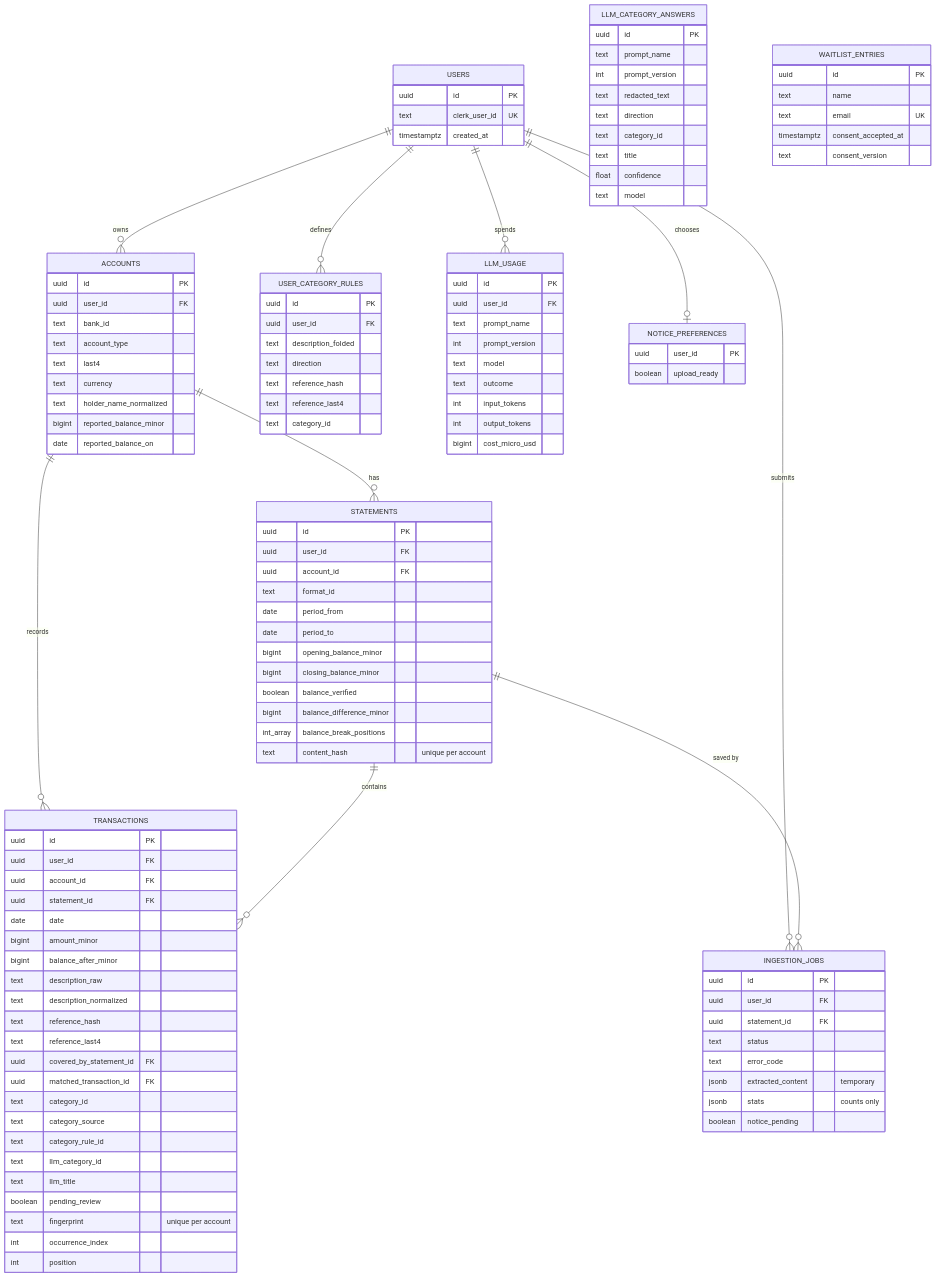
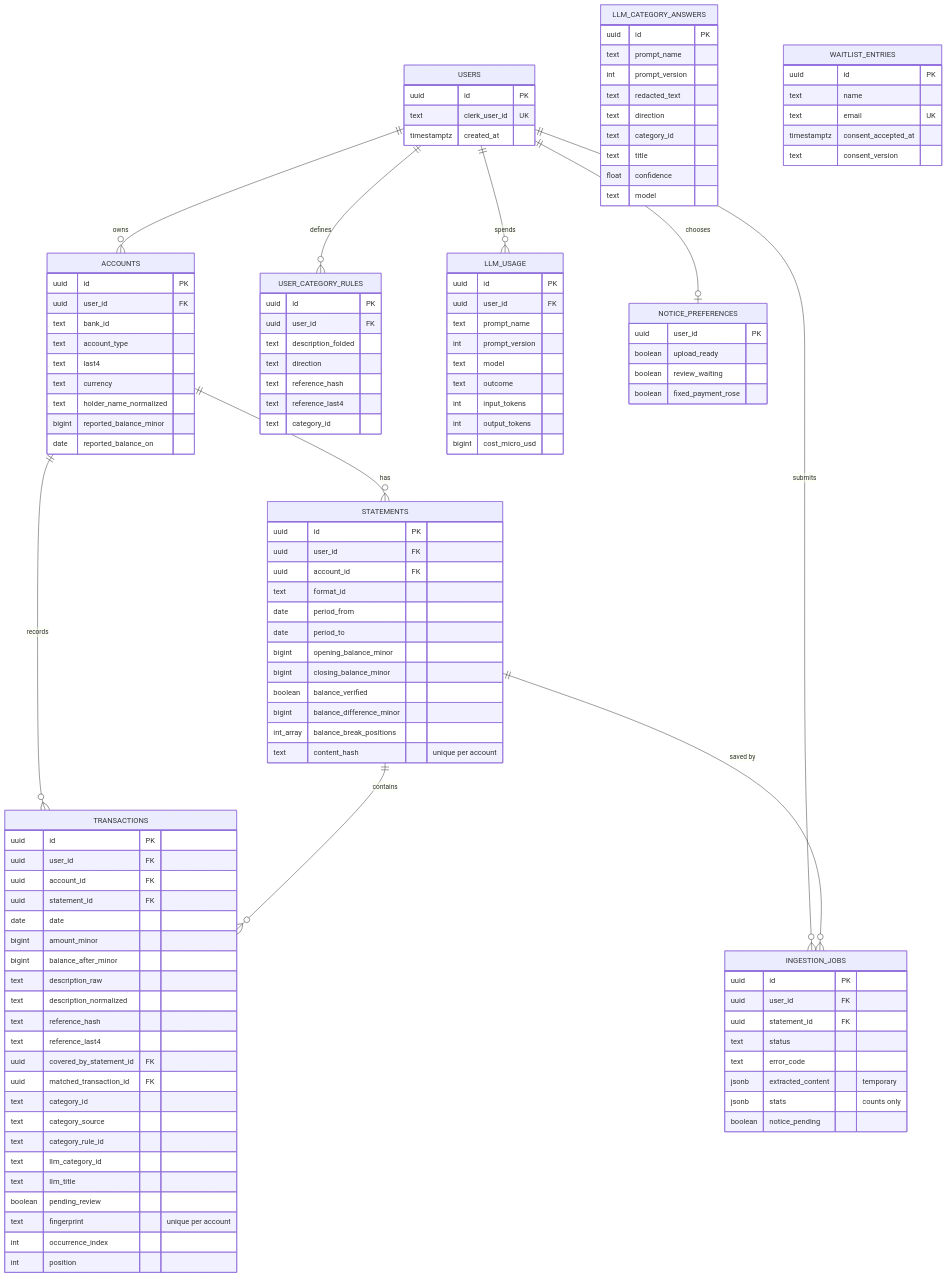
Before and after one commit to ingcarlostello/xtrakto: the third of 7 diagrams in docs/ARCHITECTURE.md, drawn with Mermaid. The commit also changed other lines of this file and 4 other files, not shown here.

```diff
--- a/docs/ARCHITECTURE.md
+++ b/docs/ARCHITECTURE.md
@@ -260,6 +260,8 @@
     NOTICE_PREFERENCES {
         uuid user_id PK
         boolean upload_ready
+        boolean review_waiting
+        boolean fixed_payment_rose
     }
     USER_CATEGORY_RULES {
         uuid id PK
```
